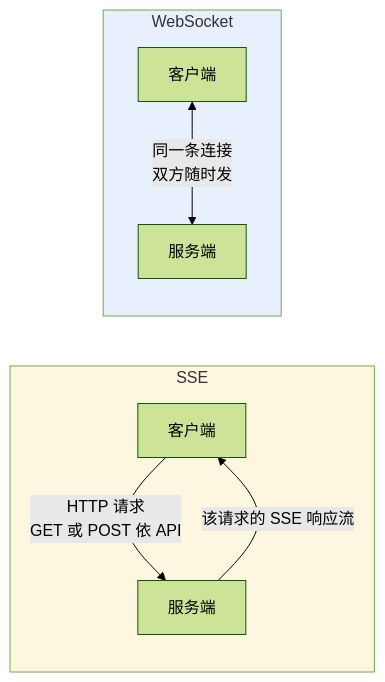
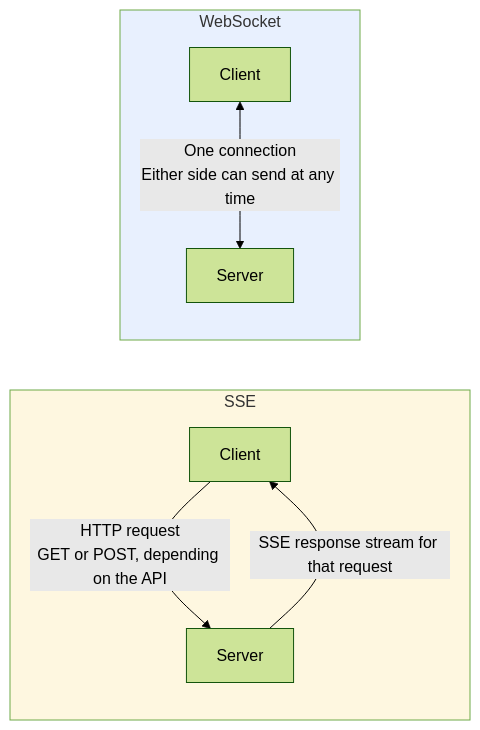
One commit to oneleaveknowsthefall/awesome-ai-roadmap changed the first of 5 diagrams in docs/tools/05-transport-gateway/13-sse-websocket-webrtc.md. Above: the diagram before and after it, drawn with Mermaid (forest theme). The commit also changed other lines of this file and 42 other files, not shown here.

````diff
--- a/docs/tools/05-transport-gateway/13-sse-websocket-webrtc.md
+++ b/docs/tools/05-transport-gateway/13-sse-websocket-webrtc.md
@@ -64,14 +66,14 @@
 ```mermaid
 flowchart LR
     subgraph SSE_M["SSE"]
-        C1[客户端] -->|"HTTP 请求<br/>GET 或 POST 依 API"| S1[服务端]
-        S1 -->|"该请求的 SSE 响应流"| C1
+        C1[Client] -->|"HTTP request<br/>GET or POST, depending on the API"| S1[Server]
+        S1 -->|"SSE response stream for that request"| C1
     end
 
     subgraph WS_M["WebSocket"]
-        C2[客户端] <-->|"同一条连接<br/>双方随时发"| S2[服务端]
+        C2[Client] <-->|"One connection<br/>Either side can send at any time"| S2[Server]
     end
 
     style SSE_M fill:#fef7e0
     style WS_M fill:#e8f0fe
 ```
````
